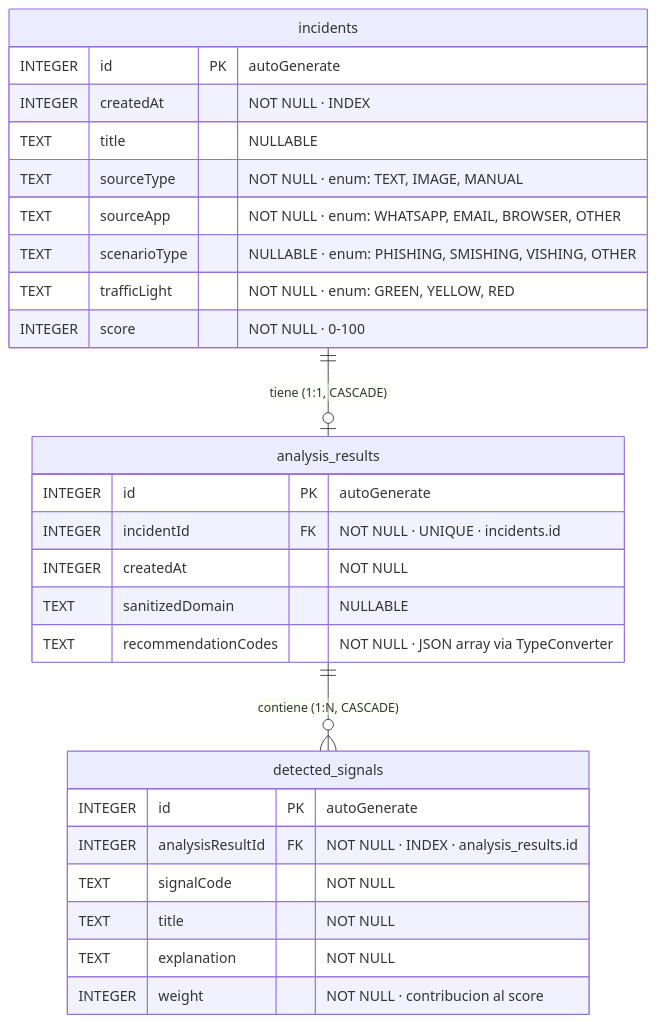
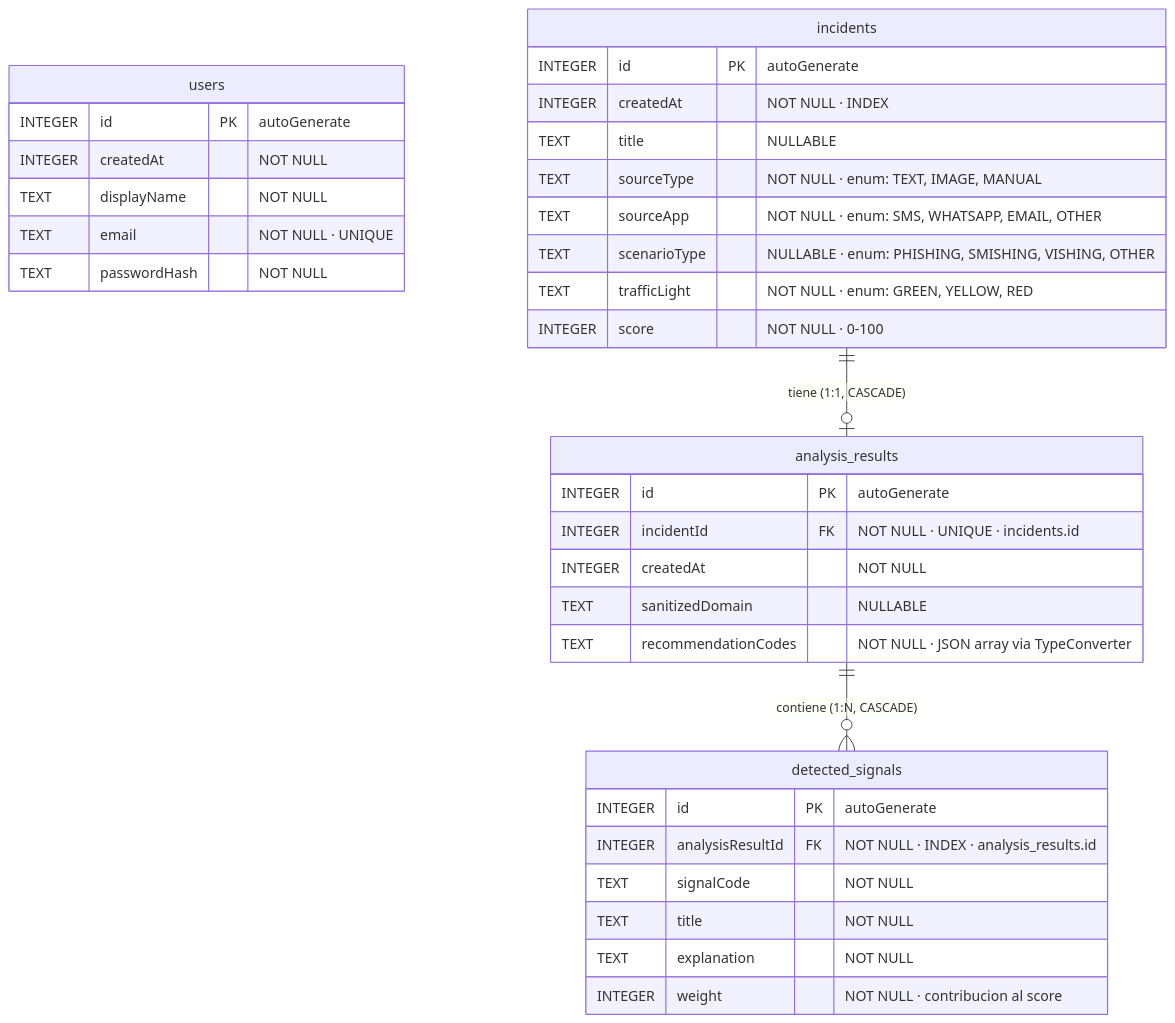
Before and after one commit to estefaniajm94/Proyecto-final: the diagram in docs/Modelo_ER.md, drawn with Mermaid. The commit also changed other lines of this file and 82 other files, not shown here.

````diff
--- a/docs/Modelo_ER.md
+++ b/docs/Modelo_ER.md
@@ -9,34 +9,42 @@
 ```mermaid
 erDiagram
+
+    users {
+        INTEGER id              PK  "autoGenerate"
+        INTEGER createdAt           "NOT NULL"
+        TEXT    displayName         "NOT NULL"
+        TEXT    email               "NOT NULL · UNIQUE"
+        TEXT    passwordHash        "NOT NULL"
+    }
 
     incidents {
         INTEGER id          PK  "autoGenerate"
         INTEGER createdAt       "NOT NULL · INDEX"
         TEXT    title           "NULLABLE"
         TEXT    sourceType      "NOT NULL · enum: TEXT, IMAGE, MANUAL"
-        TEXT    sourceApp       "NOT NULL · enum: WHATSAPP, EMAIL, BROWSER, OTHER"
+        TEXT    sourceApp       "NOT NULL · enum: SMS, WHATSAPP, EMAIL, OTHER"
         TEXT    scenarioType    "NULLABLE · enum: PHISHING, SMISHING, VISHING, OTHER"
         TEXT    trafficLight    "NOT NULL · enum: GREEN, YELLOW, RED"
         INTEGER score           "NOT NULL · 0-100"
     }
 
     analysis_results {
         INTEGER id                  PK  "autoGenerate"
         INTEGER incidentId          FK  "NOT NULL · UNIQUE · incidents.id"
         INTEGER createdAt               "NOT NULL"
         TEXT    sanitizedDomain         "NULLABLE"
         TEXT    recommendationCodes     "NOT NULL · JSON array via TypeConverter"
     }
 
     detected_signals {
         INTEGER id                  PK  "autoGenerate"
         INTEGER analysisResultId    FK  "NOT NULL · INDEX · analysis_results.id"
         TEXT    signalCode              "NOT NULL"
         TEXT    title                   "NOT NULL"
         TEXT    explanation             "NOT NULL"
         INTEGER weight                  "NOT NULL · contribucion al score"
     }
 
     incidents        ||--o|  analysis_results  : "tiene (1:1, CASCADE)"
     analysis_results ||--o{  detected_signals  : "contiene (1:N, CASCADE)"
 ```
````
